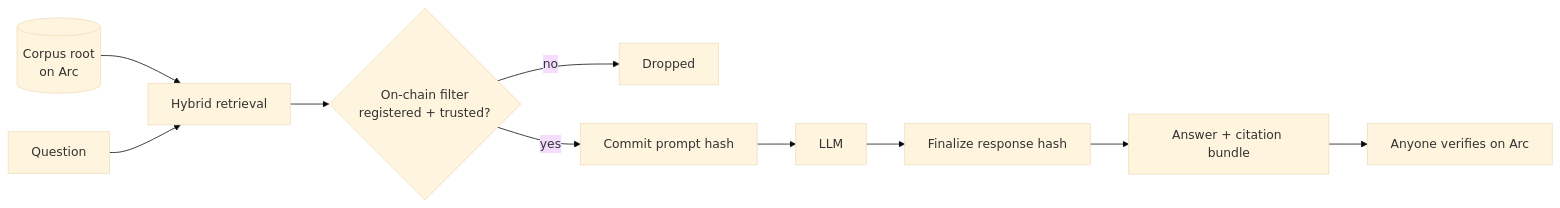
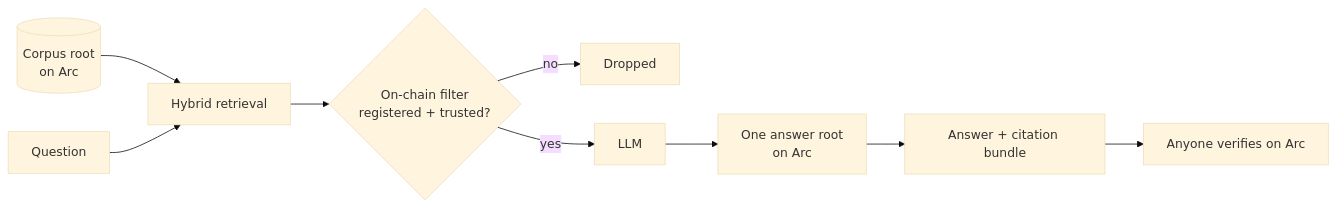
The diagram in README.md (xhu703981/onchainverifiableRAG), drawn with Mermaid (base theme) before and after one commit. The commit also changed other lines of this file and 31 other files, not shown here.

Commit message:
One 32-byte answer root per answer: AnswerRegistry on Arc testnet, 14 labeled leaves (incl. anchor block + step times), browser/CLI verify against the single root; InferenceLog bundles still verify

````diff
--- a/README.md
+++ b/README.md
@@ -15,8 +15,8 @@
 ```mermaid
 flowchart LR
   K[(Corpus root<br/>on Arc)] --> R
   Q[Question] --> R[Hybrid retrieval] --> F{On-chain filter<br/>registered + trusted?}
   F -- no --> X[Dropped]
-  F -- yes --> C[Commit prompt hash] --> M[LLM] --> Z[Finalize response hash] --> A[Answer + citation bundle]
+  F -- yes --> M[LLM] --> Z[One answer root<br/>on Arc] --> A[Answer + citation bundle]
   A --> V[Anyone verifies on Arc]
 ```
````
